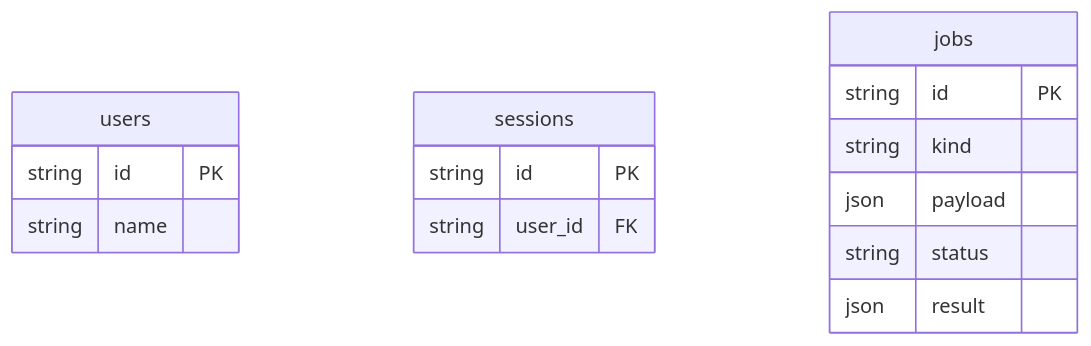
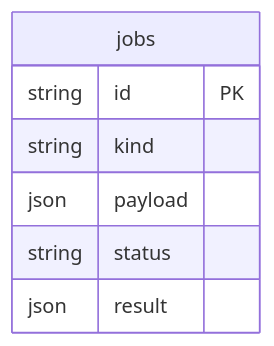
Before and after one commit to jayendukumar/agentify: the eighth of 8 diagrams in docs/wiki/Data-Model.md, drawn with Mermaid. The commit also changed other lines of this file and 16 other files, not shown here.

````diff
--- a/docs/wiki/Data-Model.md
+++ b/docs/wiki/Data-Model.md
@@ -494,18 +540,10 @@
 ```mermaid
 erDiagram
-    users {
-        string id PK
-        string name
-    }
-    sessions {
-        string id PK
-        string user_id FK
-    }
     jobs {
         string id PK
         string kind
         json payload
         string status
         json result
     }
 ```
````
